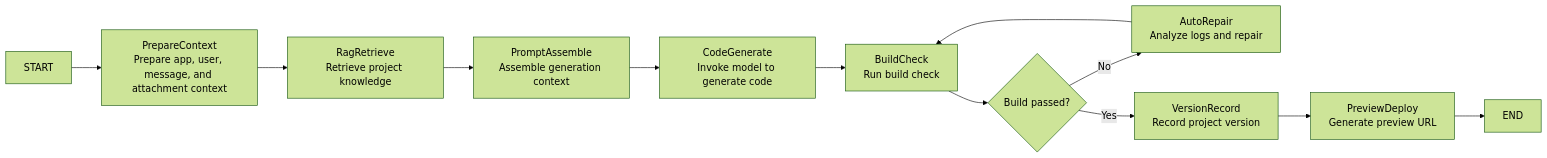
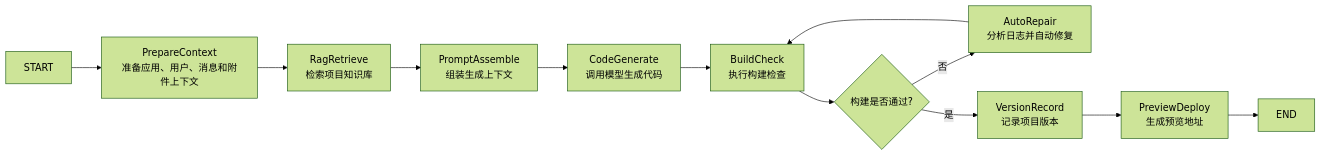
Before and after one commit to Code-Mikle/zero-logic: the third of 4 diagrams in README.md, drawn with Mermaid (forest theme). The commit also changed other lines of this file and 7 other files, not shown here.

````diff
--- a/README.md
+++ b/README.md
@@ -174,18 +172,18 @@
 ```mermaid
 flowchart LR
     Start["START"]
-    Prepare["PrepareContext<br/>Prepare app, user, message, and attachment context"]
-    Retrieve["RagRetrieve<br/>Retrieve project knowledge"]
-    Assemble["PromptAssemble<br/>Assemble generation context"]
-    Generate["CodeGenerate<br/>Invoke model to generate code"]
-    BuildCheck["BuildCheck<br/>Run build check"]
-    Repair{"Build passed?"}
-    AutoRepair["AutoRepair<br/>Analyze logs and repair"]
-    Version["VersionRecord<br/>Record project version"]
-    Preview["PreviewDeploy<br/>Generate preview URL"]
+    Prepare["PrepareContext<br/>准备应用、用户、消息和附件上下文"]
+    Retrieve["RagRetrieve<br/>检索项目知识库"]
+    Assemble["PromptAssemble<br/>组装生成上下文"]
+    Generate["CodeGenerate<br/>调用模型生成代码"]
+    BuildCheck["BuildCheck<br/>执行构建检查"]
+    Repair{"构建是否通过?"}
+    AutoRepair["AutoRepair<br/>分析日志并自动修复"]
+    Version["VersionRecord<br/>记录项目版本"]
+    Preview["PreviewDeploy<br/>生成预览地址"]
     End["END"]
 
     Start --> Prepare --> Retrieve --> Assemble --> Generate --> BuildCheck --> Repair
-    Repair -- No --> AutoRepair --> BuildCheck
-    Repair -- Yes --> Version --> Preview --> End
+    Repair -- 否 --> AutoRepair --> BuildCheck
+    Repair -- 是 --> Version --> Preview --> End
 ```
````
